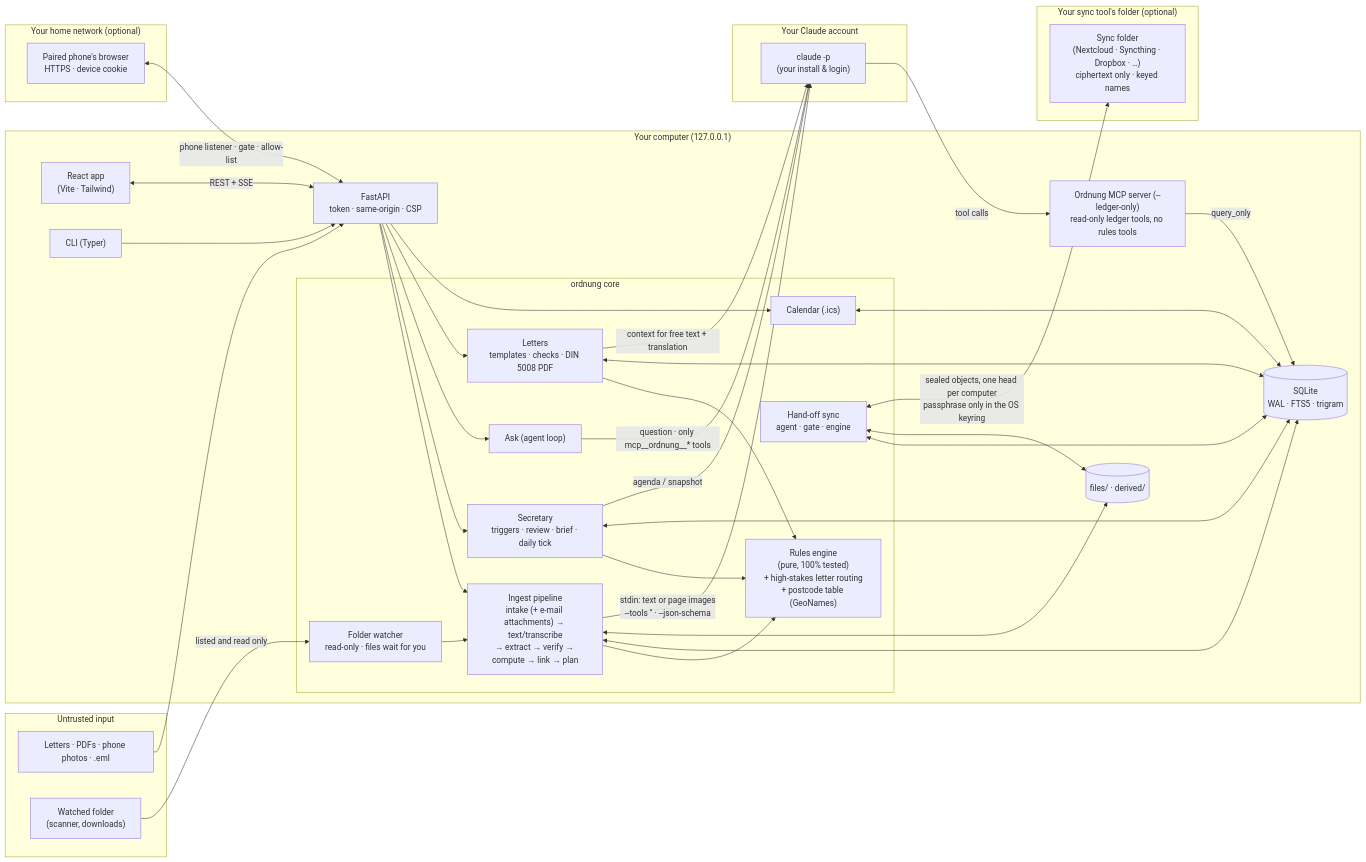
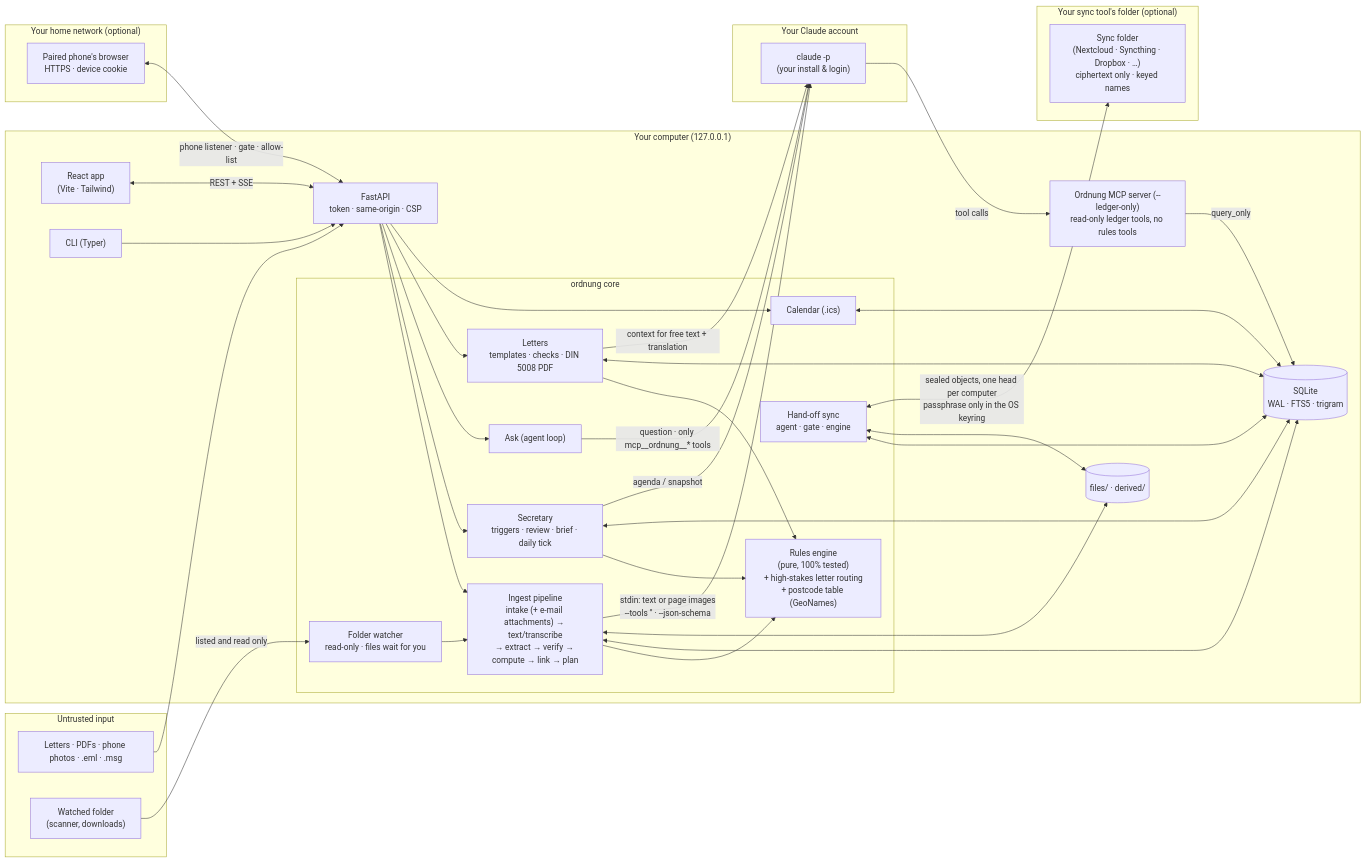
Before and after one commit to ahmedEid1/ordnung: the first of 9 diagrams in docs/architecture.md, drawn with Mermaid. The commit also changed other lines of this file and 6 other files, not shown here.

````diff
--- a/docs/architecture.md
+++ b/docs/architecture.md
@@ -12,59 +12,59 @@
 ```mermaid
 flowchart LR
   subgraph untrusted["Untrusted input"]
-    L["Letters · PDFs · phone photos · .eml"]
+    L["Letters · PDFs · phone photos · .eml · .msg"]
     WF["Watched folder<br/>(scanner, downloads)"]
   end
 
   subgraph local["Your computer (127.0.0.1)"]
     UI["React app<br/>(Vite · Tailwind)"]
     CLI["CLI (Typer)"]
     API["FastAPI<br/>token · same-origin · CSP"]
     subgraph core["ordnung core"]
       FW["Folder watcher<br/>read-only · files wait for you"]
       ING["Ingest pipeline<br/>intake (+ e-mail attachments) → text/transcribe<br/>→ extract → verify → compute → link → plan"]
       RUL["Rules engine<br/>(pure, 100% tested)<br/>+ high-stakes letter routing<br/>+ postcode table (GeoNames)"]
       SEC["Secretary<br/>triggers · review · brief · daily tick"]
       ASK["Ask (agent loop)"]
       DRF["Letters<br/>templates · checks · DIN 5008 PDF"]
       ICS["Calendar (.ics)"]
       SYN["Hand-off sync<br/>agent · gate · engine"]
     end
     DB[("SQLite<br/>WAL · FTS5 · trigram")]
     FS[("files/ · derived/")]
     MCP["Ordnung MCP server (--ledger-only)<br/>read-only ledger tools, no rules tools"]
   end
 
   subgraph account["Your Claude account"]
     CC["claude -p<br/>(your install & login)"]
   end
 
   subgraph home["Your home network (optional)"]
     PH["Paired phone's browser<br/>HTTPS · device cookie"]
   end
 
   subgraph synced["Your sync tool's folder (optional)"]
     SF["Sync folder<br/>(Nextcloud · Syncthing · Dropbox · …)<br/>ciphertext only · keyed names"]
   end
 
   L --> API
   WF -->|"listed and read only"| FW
   FW --> ING
   UI <-->|REST + SSE| API
   PH <-->|"phone listener · gate · allow-list"| API
   CLI --> API
   API --> ING & SEC & ASK & DRF & ICS
   ING --> RUL
   SEC --> RUL
   DRF --> RUL
   ING & SEC & DRF & ICS <--> DB
   ING <--> FS
   ING -->|"stdin: text or page images<br/>--tools '' · --json-schema"| CC
   SEC -->|"agenda / snapshot"| CC
   DRF -->|"context for free text + translation"| CC
   ASK -->|"question · only mcp__ordnung__* tools"| CC
   CC -->|tool calls| MCP
   MCP -->|"query_only"| DB
   SYN <--> DB & FS
   SYN <-->|"sealed objects, one head per computer<br/>passphrase only in the OS keyring"| SF
 ```
````
